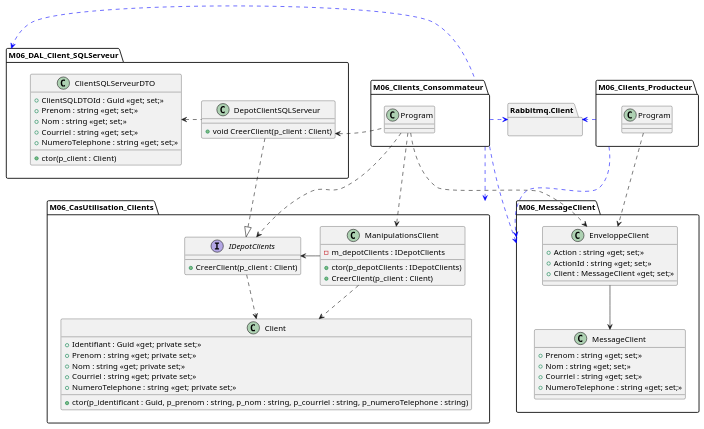
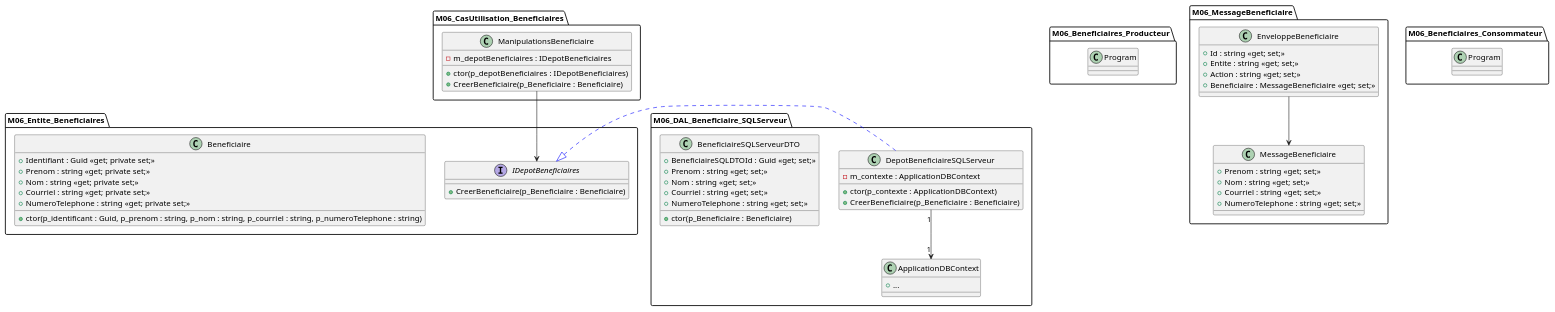
The diagram in Module06_FileMessages/diag/uml_exercice2_enveloppe.wsd (PiFou86/420-W47-SF), drawn with PlantUML before and after one commit. The commit also changed 7 other files, not shown here.

Commit message:
Changement contexte exercice 2 pour lever ambiguité sur le terme client

```diff
--- a/Module06_FileMessages/diag/uml_exercice2_enveloppe.wsd
+++ b/Module06_FileMessages/diag/uml_exercice2_enveloppe.wsd
@@ -1,91 +1,101 @@
-@startuml clients_classes
+@startuml beneficiaires_classes_enveloppe
 set namespaceSeparator ::
 
-package M06_CasUtilisation_Clients {
-    class ManipulationsClient {
-        - m_depotClients : IDepotClients
-        + ctor(p_depotClients : IDepotClients)
-        + CreerClient(p_client : Client)
+package M06_Entite_Beneficiaires {
+    interface IDepotBeneficiaires {
+        + CreerBeneficiaire(p_Beneficiaire : Beneficiaire)
     }
 
-    interface IDepotClients {
-        + CreerClient(p_client : Client)
-    }
-
-    class Client {
+    class Beneficiaire {
         + Identifiant : Guid <<get; private set;>>
         + Prenom : string <<get; private set;>>
         + Nom : string <<get; private set;>>
         + Courriel : string <<get; private set;>>
         + NumeroTelephone : string <<get; private set;>>
         + ctor(p_identificant : Guid, p_prenom : string, p_nom : string, p_courriel : string, p_numeroTelephone : string)
     }
-
-    ManipulationsClient -> IDepotClients
-    ManipulationsClient ..> Client
-    IDepotClients ..> Client
 }
 
-package M06_DAL_Client_SQLServeur {
-    class DepotClientSQLServeur {
-        + void CreerClient(p_client : Client)
+package M06_CasUtilisation_Beneficiaires {
+    class ManipulationsBeneficiaire {
+        - m_depotBeneficiaires : IDepotBeneficiaires
+        + ctor(p_depotBeneficiaires : IDepotBeneficiaires)
+        + CreerBeneficiaire(p_Beneficiaire : Beneficiaire)
     }
 
-    class ClientSQLServeurDTO {
-        + ClientSQLDTOId : Guid <<get; set;>>
+    ManipulationsBeneficiaire -d-> M06_Entite_Beneficiaires::IDepotBeneficiaires
+    'ManipulationsBeneficiaire ..> M06_Entite_Beneficiaires::Beneficiaire
+    'M06_Entite_Beneficiaires::IDepotBeneficiaires ..> M06_Entite_Beneficiaires::Beneficiaire
+}
+
+package M06_DAL_Beneficiaire_SQLServeur {
+    class DepotBeneficiaireSQLServeur {
+        - m_contexte : ApplicationDBContext
+        + ctor(p_contexte : ApplicationDBContext)
+        + CreerBeneficiaire(p_Beneficiaire : Beneficiaire)
+    }
+
+    class BeneficiaireSQLServeurDTO {
+        + BeneficiaireSQLDTOId : Guid <<get; set;>>
         + Prenom : string <<get; set;>>
         + Nom : string <<get; set;>>
         + Courriel : string <<get; set;>>
         + NumeroTelephone : string <<get; set;>>
-        + ctor(p_client : Client)
+        + ctor(p_Beneficiaire : Beneficiaire)
     }
 
-    DepotClientSQLServeur ..|> M06_CasUtilisation_Clients::IDepotClients
-    DepotClientSQLServeur .l> ClientSQLServeurDTO
+    class ApplicationDBContext {
+        + ...
+    }
+
+    DepotBeneficiaireSQLServeur .[#blue]l.|> M06_Entite_Beneficiaires::IDepotBeneficiaires
+    'DepotBeneficiaireSQLServeur .l> BeneficiaireSQLServeurDTO
+    DepotBeneficiaireSQLServeur "1" --> "1" ApplicationDBContext
 }
 
 together {
-    package M06_MessageClient {
-        class MessageClient {
+    package M06_MessageBeneficiaire {
+        class MessageBeneficiaire {
             + Prenom : string <<get; set;>>
             + Nom : string <<get; set;>>
             + Courriel : string <<get; set;>>
             + NumeroTelephone : string <<get; set;>>
         }
 
-        class EnveloppeClient {
+        class EnveloppeBeneficiaire {
+            + Id : string <<get; set;>>
+            + Entite : string <<get; set;>>
             + Action : string <<get; set;>>
-            + ActionId : string <<get; set;>>
-            + Client : MessageClient <<get; set;>>
+            + Beneficiaire : MessageBeneficiaire <<get; set;>>
         }
 
-        EnveloppeClient --> MessageClient
+        EnveloppeBeneficiaire --> MessageBeneficiaire
     }
 
-    package M06_Clients_Producteur {
+    package M06_Beneficiaires_Producteur {
         class Program
 
-        Program ..> M06_MessageClient::EnveloppeClient
+        'Program ..> M06_MessageBeneficiaire::EnveloppeBeneficiaire
     }
 
-    package Rabbitmq.Client {}
+   ' package Rabbitmq.Client {}
 }
 
-package M06_Clients_Consommateur {
+package M06_Beneficiaires_Consommateur {
     class Program
 
-    Program ..> M06_MessageClient::EnveloppeClient
-    Program ..> M06_CasUtilisation_Clients::ManipulationsClient
-    Program ..> M06_CasUtilisation_Clients::IDepotClients
-    Program .l> M06_DAL_Client_SQLServeur::DepotClientSQLServeur
+    'Program ..> M06_MessageBeneficiaire::EnveloppeBeneficiaire
+    'Program ..> M06_CasUtilisation_Beneficiaires::ManipulationsBeneficiaire
+    'Program ..> M06_Entite_Beneficiaires::IDepotBeneficiaires
+    'Program .l> M06_DAL_Beneficiaire_SQLServeur::DepotBeneficiaireSQLServeur
 }
 
-M06_Clients_Producteur .[#blue]> Rabbitmq.Client
-M06_Clients_Producteur .[#blue].> M06_MessageClient
+'M06_Beneficiaires_Producteur .[#blue].> Rabbitmq.Client
+'M06_Beneficiaires_Producteur .[#blue].> M06_MessageBeneficiaire
 
-M06_Clients_Consommateur .[#blue]> Rabbitmq.Client
-M06_Clients_Consommateur .[#blue].> M06_CasUtilisation_Clients
-M06_Clients_Consommateur .[#blue].> M06_MessageClient
-M06_Clients_Consommateur .[#blue]l> M06_DAL_Client_SQLServeur
+'M06_Beneficiaires_Consommateur .[#blue]> Rabbitmq.Client
+'M06_Beneficiaires_Consommateur .[#blue].> M06_CasUtilisation_Beneficiaires
+'M06_Beneficiaires_Consommateur .[#blue].> M06_MessageBeneficiaire
+'M06_Beneficiaires_Consommateur .[#blue]l> M06_DAL_Beneficiaire_SQLServeur
 
 @enduml
```
